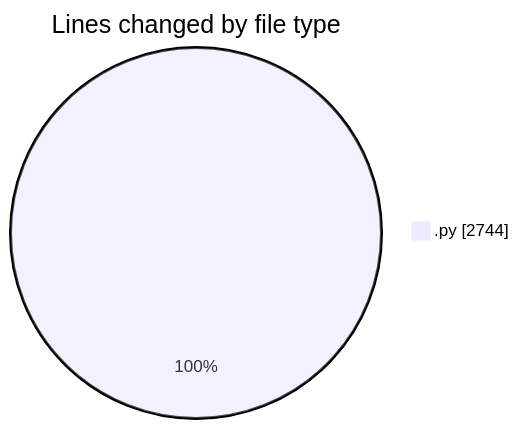
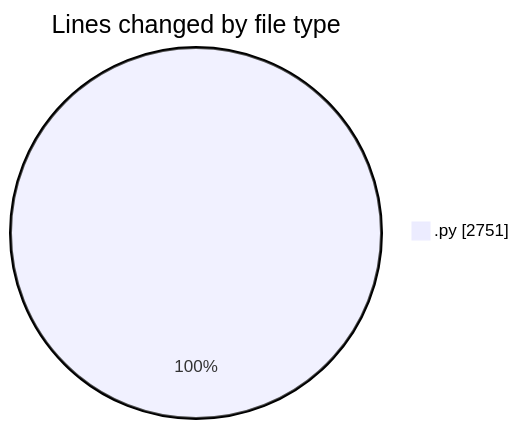
Before and after one commit to julien-gomy/code-tracking: the first of 2 diagrams in 2025-11-24/eventscop-api-guide__workspace_/README.md, drawn with Mermaid. The commit also changed other lines of this file and 1 other file, not shown here.

````diff
--- a/2025-11-24/eventscop-api-guide__workspace_/README.md
+++ b/2025-11-24/eventscop-api-guide__workspace_/README.md
@@ -24,5 +24,5 @@
 ```mermaid
 pie showData
 title Lines changed by file type
-".py" : 2744
+".py" : 2751
 ```
````
